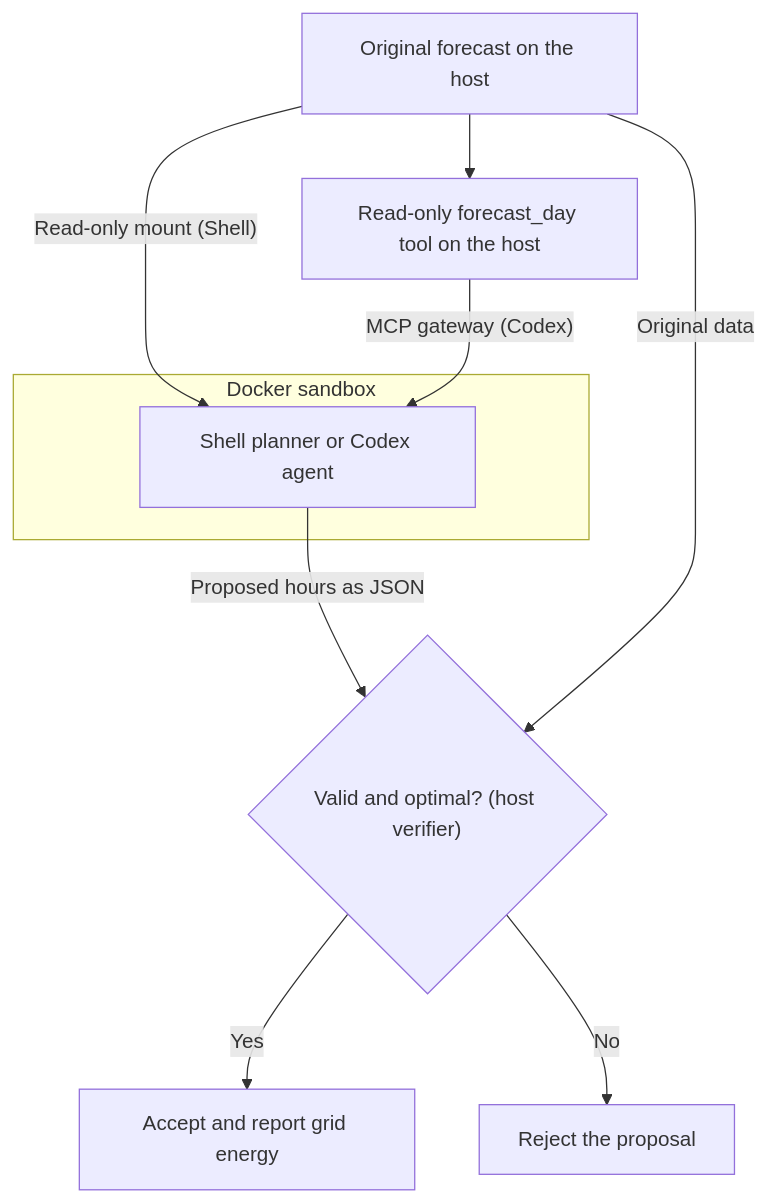
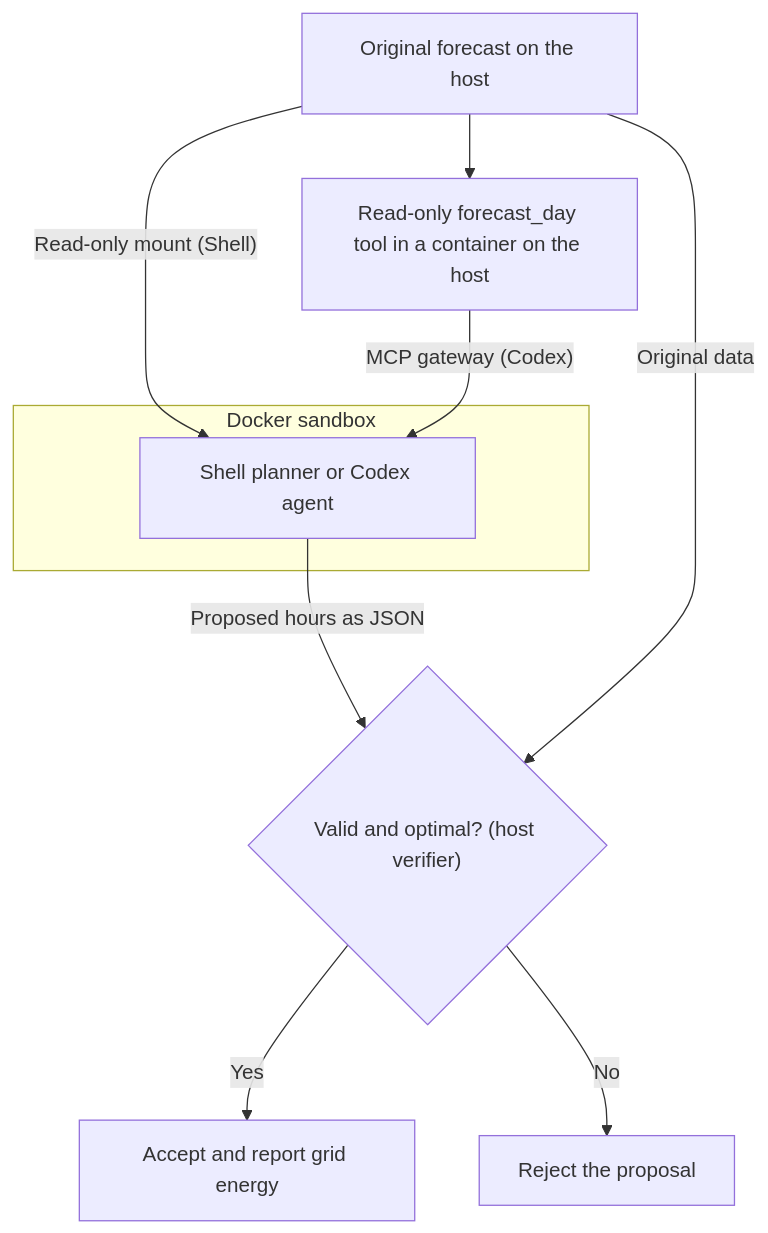
The diagram in README.md (brunovicco/ai-agents-on-docker-lab), drawn with Mermaid before and after one commit. The commit also changed other lines of this file and 7 other files, not shown here.

````diff
--- a/README.md
+++ b/README.md
@@ -31,14 +31,14 @@
 ```mermaid
 flowchart TB
     Forecast["Original forecast on the host"]
     subgraph Sandbox["Docker sandbox"]
         Planner["Shell planner or Codex agent"]
     end
     Forecast -->|"Read-only mount (Shell)"| Planner
-    Forecast --> MCP["Read-only forecast_day tool on the host"]
+    Forecast --> MCP["Read-only forecast_day tool in a container on the host"]
     MCP -->|"MCP gateway (Codex)"| Planner
     Planner -->|"Proposed hours as JSON"| Verify{"Valid and optimal? (host verifier)"}
     Forecast -->|"Original data"| Verify
     Verify -->|"Yes"| Accept["Accept and report grid energy"]
     Verify -->|"No"| Reject["Reject the proposal"]
 ```
````
